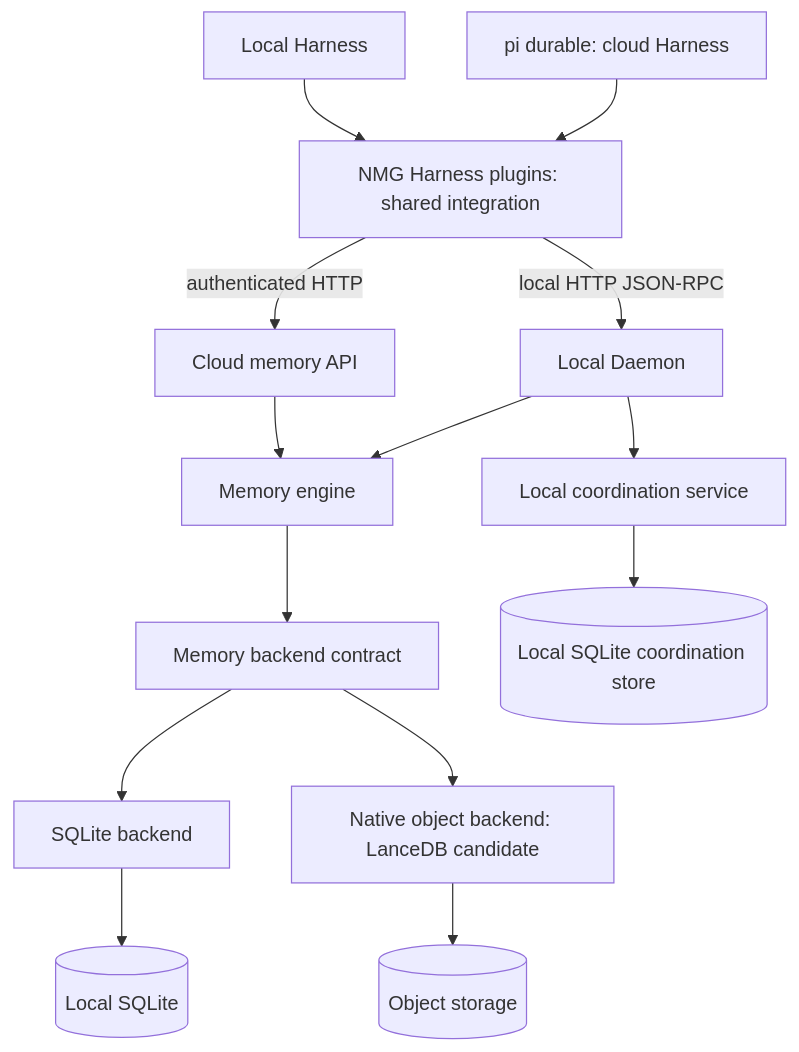
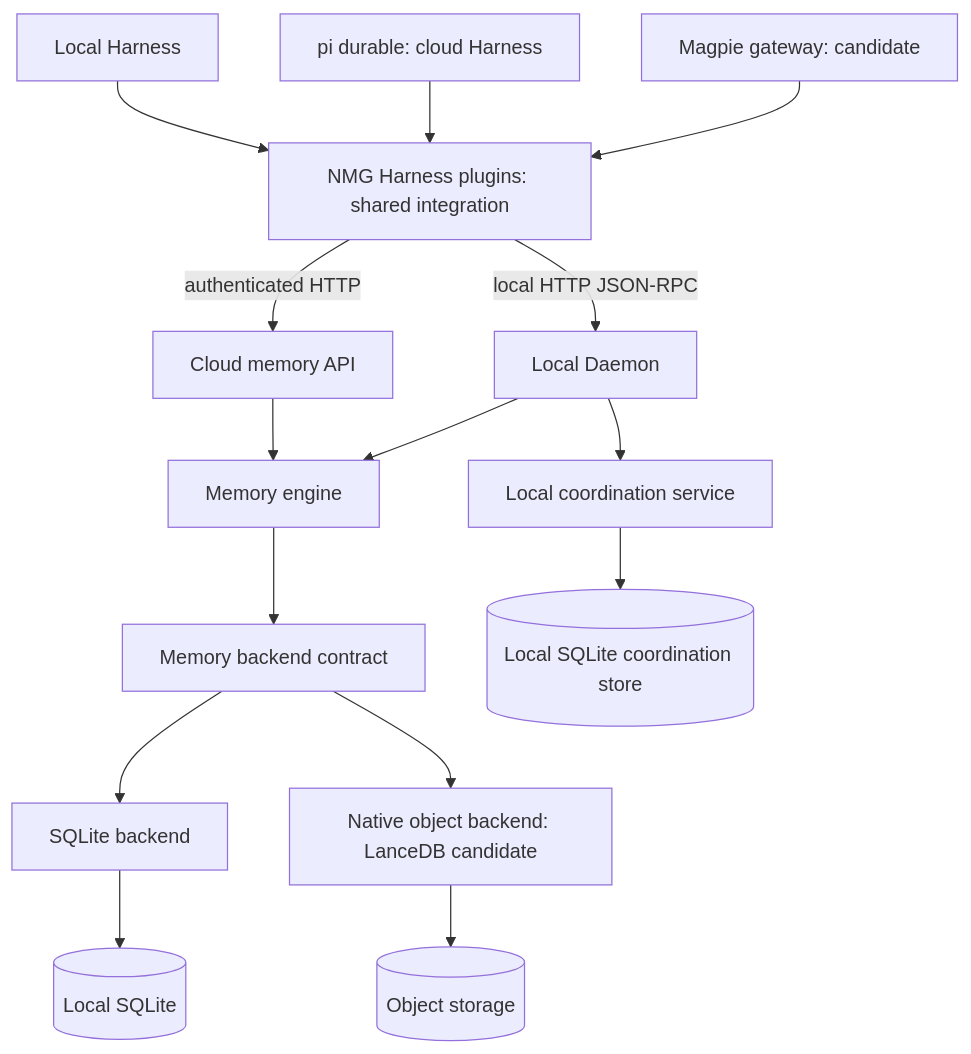
One commit to wefio/NodeMemoryGraph changed the diagram in docs/design/unified-architecture.md. Above: the diagram before and after it, drawn with Mermaid. The commit also changed other lines of this file and 8 other files, not shown here.

First line of the commit message:
docs(architecture): add Magpie gateway integration candidate

````diff
--- a/docs/design/unified-architecture.md
+++ b/docs/design/unified-architecture.md
@@ -18,16 +18,17 @@
 ```mermaid
 flowchart TB
   Host[Local Harness] --> Integration[NMG Harness plugins: shared integration]
   Durable[pi durable: cloud Harness] --> Integration
+  Gateway[Magpie gateway: candidate] --> Integration
   Integration -->|local HTTP JSON-RPC| Daemon[Local Daemon]
   Integration -->|authenticated HTTP| Cloud[Cloud memory API]
   Cloud[Cloud memory API] --> Engine[Memory engine]
   Daemon --> Engine
   Engine --> Port[Memory backend contract]
   Port --> SQL[SQLite backend]
   Port --> Native[Native object backend: LanceDB candidate]
   SQL --> LocalDB[(Local SQLite)]
   Native --> Objects[(Object storage)]
   Daemon --> Coordination[Local coordination service]
   Coordination --> CoordDB[(Local SQLite coordination store)]
 ```
````
